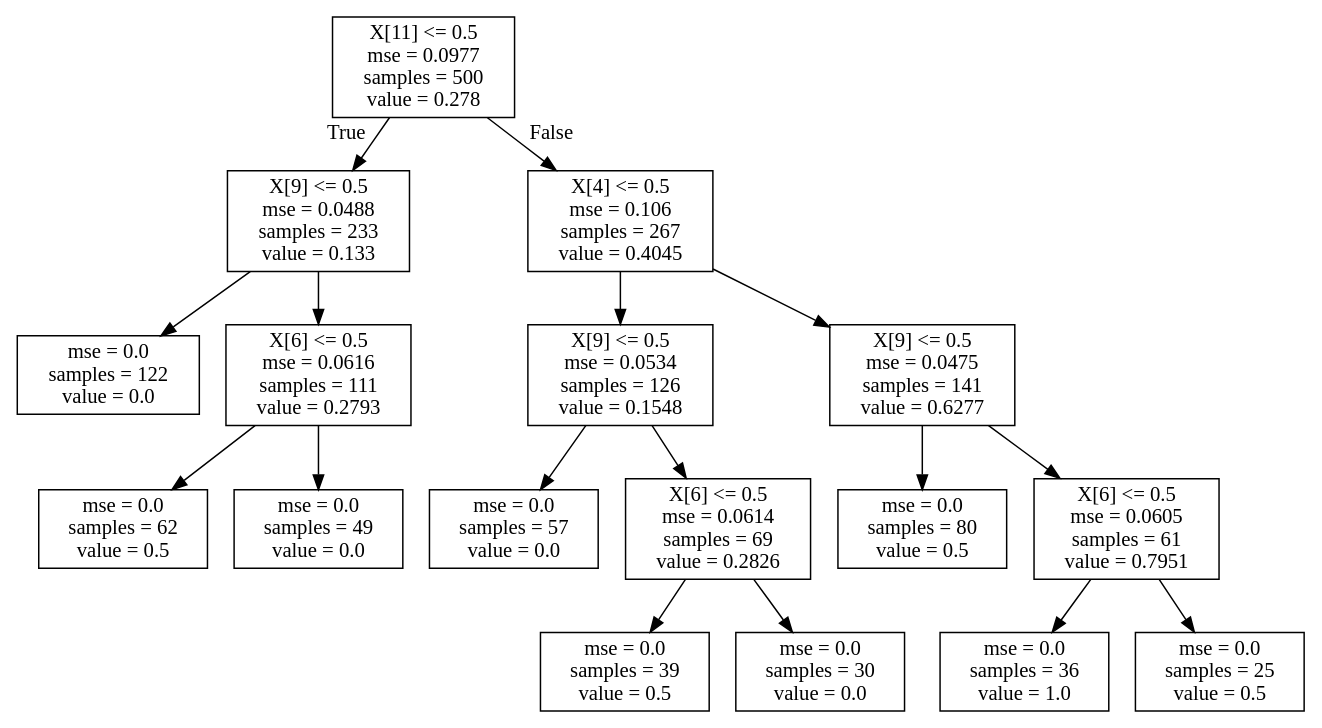
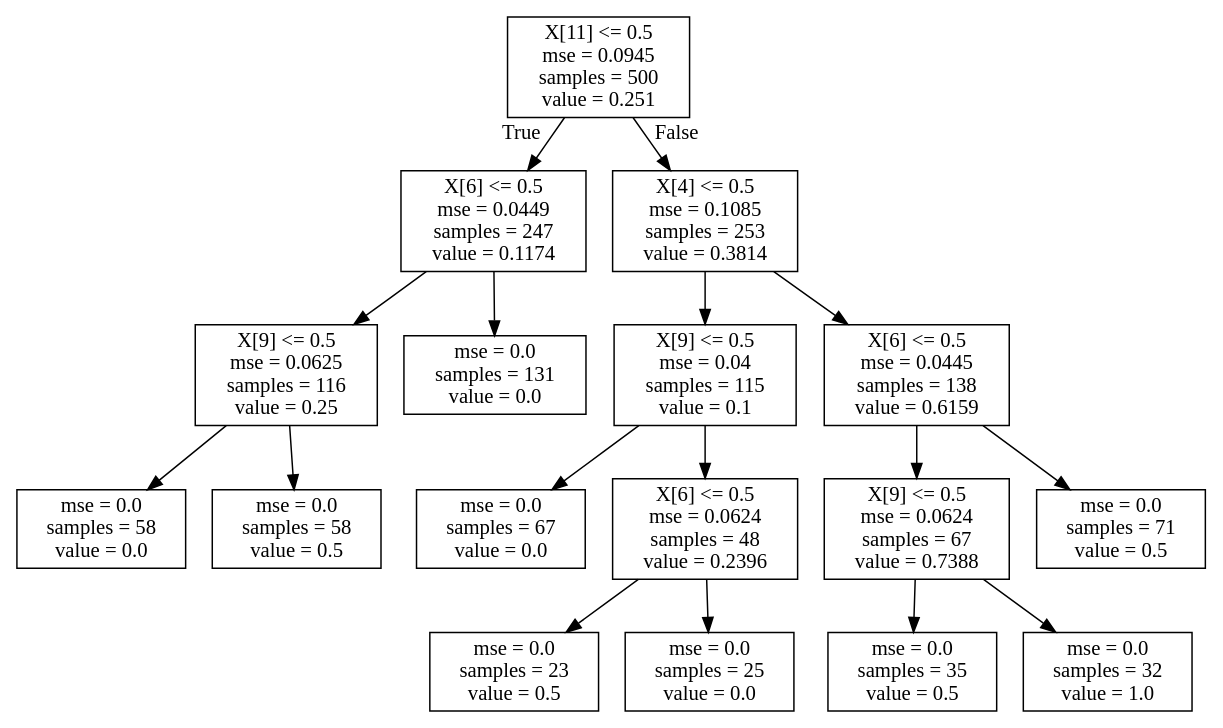
The diagram in surrogate_data/cellphone_1.dot (ai-se/SPL), drawn with Graphviz before and after one commit. The commit also changed 46 other files, not shown here.

```diff
--- a/surrogate_data/cellphone_1.dot
+++ b/surrogate_data/cellphone_1.dot
@@ -1,36 +1,36 @@
 digraph Tree {
 node [shape=box] ;
-0 [label="X[11] <= 0.5\nmse = 0.0977\nsamples = 500\nvalue = 0.278"] ;
-1 [label="X[9] <= 0.5\nmse = 0.0488\nsamples = 233\nvalue = 0.133"] ;
+0 [label="X[11] <= 0.5\nmse = 0.0945\nsamples = 500\nvalue = 0.251"] ;
+1 [label="X[6] <= 0.5\nmse = 0.0449\nsamples = 247\nvalue = 0.1174"] ;
 0 -> 1 [labeldistance=2.5, labelangle=45, headlabel="True"] ;
-2 [label="mse = 0.0\nsamples = 122\nvalue = 0.0"] ;
+2 [label="X[9] <= 0.5\nmse = 0.0625\nsamples = 116\nvalue = 0.25"] ;
 1 -> 2 ;
-3 [label="X[6] <= 0.5\nmse = 0.0616\nsamples = 111\nvalue = 0.2793"] ;
-1 -> 3 ;
-4 [label="mse = 0.0\nsamples = 62\nvalue = 0.5"] ;
-3 -> 4 ;
-5 [label="mse = 0.0\nsamples = 49\nvalue = 0.0"] ;
-3 -> 5 ;
-6 [label="X[4] <= 0.5\nmse = 0.106\nsamples = 267\nvalue = 0.4045"] ;
+3 [label="mse = 0.0\nsamples = 58\nvalue = 0.0"] ;
+2 -> 3 ;
+4 [label="mse = 0.0\nsamples = 58\nvalue = 0.5"] ;
+2 -> 4 ;
+5 [label="mse = 0.0\nsamples = 131\nvalue = 0.0"] ;
+1 -> 5 ;
+6 [label="X[4] <= 0.5\nmse = 0.1085\nsamples = 253\nvalue = 0.3814"] ;
 0 -> 6 [labeldistance=2.5, labelangle=-45, headlabel="False"] ;
-7 [label="X[9] <= 0.5\nmse = 0.0534\nsamples = 126\nvalue = 0.1548"] ;
+7 [label="X[9] <= 0.5\nmse = 0.04\nsamples = 115\nvalue = 0.1"] ;
 6 -> 7 ;
-8 [label="mse = 0.0\nsamples = 57\nvalue = 0.0"] ;
+8 [label="mse = 0.0\nsamples = 67\nvalue = 0.0"] ;
 7 -> 8 ;
-9 [label="X[6] <= 0.5\nmse = 0.0614\nsamples = 69\nvalue = 0.2826"] ;
+9 [label="X[6] <= 0.5\nmse = 0.0624\nsamples = 48\nvalue = 0.2396"] ;
 7 -> 9 ;
-10 [label="mse = 0.0\nsamples = 39\nvalue = 0.5"] ;
+10 [label="mse = 0.0\nsamples = 23\nvalue = 0.5"] ;
 9 -> 10 ;
-11 [label="mse = 0.0\nsamples = 30\nvalue = 0.0"] ;
+11 [label="mse = 0.0\nsamples = 25\nvalue = 0.0"] ;
 9 -> 11 ;
-12 [label="X[9] <= 0.5\nmse = 0.0475\nsamples = 141\nvalue = 0.6277"] ;
+12 [label="X[6] <= 0.5\nmse = 0.0445\nsamples = 138\nvalue = 0.6159"] ;
 6 -> 12 ;
-13 [label="mse = 0.0\nsamples = 80\nvalue = 0.5"] ;
+13 [label="X[9] <= 0.5\nmse = 0.0624\nsamples = 67\nvalue = 0.7388"] ;
 12 -> 13 ;
-14 [label="X[6] <= 0.5\nmse = 0.0605\nsamples = 61\nvalue = 0.7951"] ;
-12 -> 14 ;
-15 [label="mse = 0.0\nsamples = 36\nvalue = 1.0"] ;
-14 -> 15 ;
-16 [label="mse = 0.0\nsamples = 25\nvalue = 0.5"] ;
-14 -> 16 ;
+14 [label="mse = 0.0\nsamples = 35\nvalue = 0.5"] ;
+13 -> 14 ;
+15 [label="mse = 0.0\nsamples = 32\nvalue = 1.0"] ;
+13 -> 15 ;
+16 [label="mse = 0.0\nsamples = 71\nvalue = 0.5"] ;
+12 -> 16 ;
 }
```
